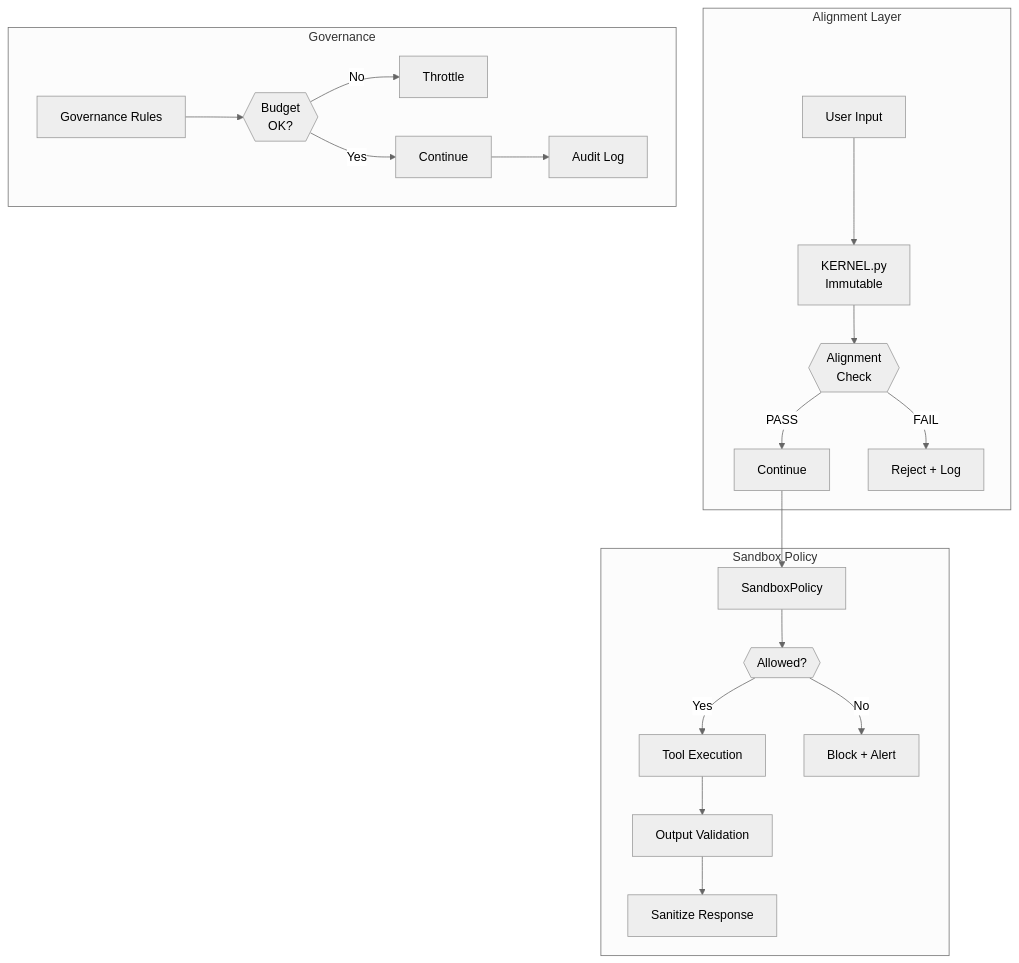
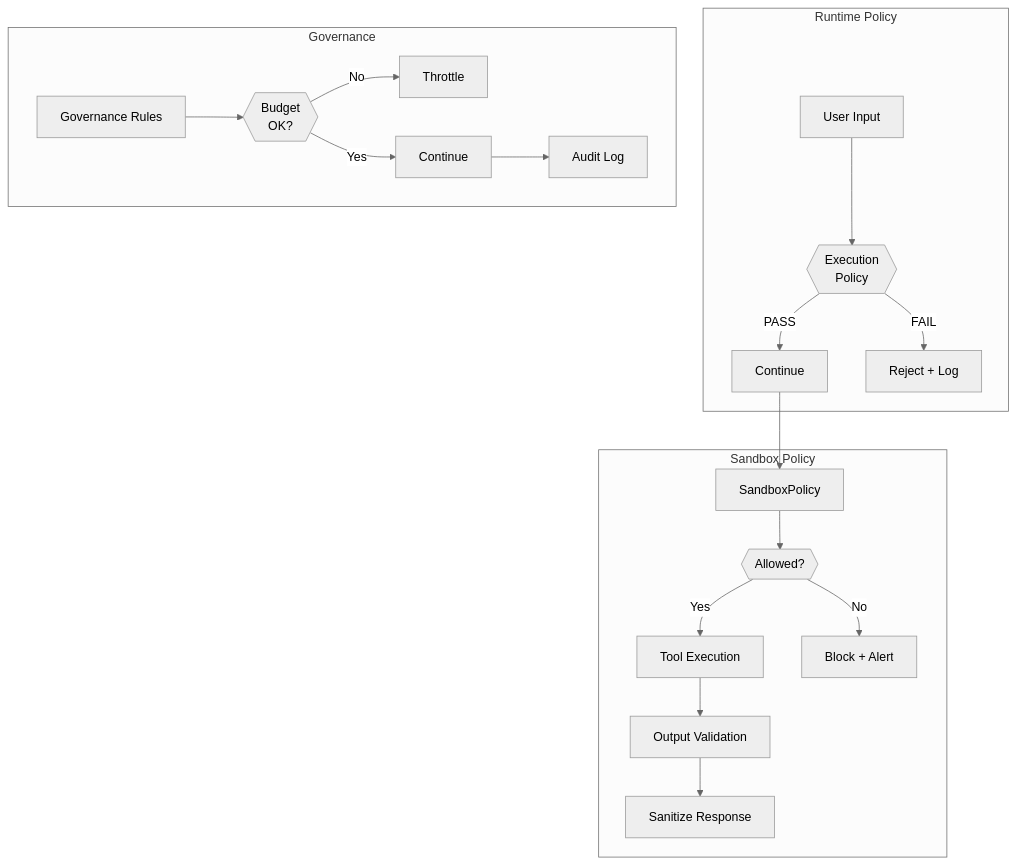
Diagram 12 of 13 in docs/ARCHITECTURE_MAP_GENERATED.md (yannabadie/NEXUS), drawn with Mermaid (neutral theme) before and after one commit. The commit also changed other lines of this file and 31 other files, not shown here.

````diff
--- a/docs/ARCHITECTURE_MAP_GENERATED.md
+++ b/docs/ARCHITECTURE_MAP_GENERATED.md
@@ -671,27 +692,26 @@
 ```mermaid
 graph TD
-    subgraph Alignment["Alignment Layer"]
-        INPUT[User Input] --> KERNEL[KERNEL.py<br/>Immutable]
-        KERNEL --> CHECK{{Alignment<br/>Check}}
+    subgraph Policy["Runtime Policy"]
+        INPUT[User Input] --> CHECK{{Execution<br/>Policy}}
         CHECK -->|PASS| PROCESS[Continue]
         CHECK -->|FAIL| REJECT[Reject + Log]
     end
 
-    subgraph Policy["Sandbox Policy"]
+    subgraph Sandbox["Sandbox Policy"]
         PROCESS --> SANDBOX[SandboxPolicy]
         SANDBOX --> ALLOW{{Allowed?}}
         ALLOW -->|Yes| TOOL[Tool Execution]
         ALLOW -->|No| BLOCK[Block + Alert]
 
         TOOL --> VALIDATE[Output Validation]
         VALIDATE --> SANITIZE[Sanitize Response]
     end
 
     subgraph Governance["Governance"]
         GOV_CHECK[Governance Rules] --> BUDGET{{Budget<br/>OK?}}
         BUDGET -->|No| THROTTLE[Throttle]
         BUDGET -->|Yes| CONTINUE[Continue]
 
         CONTINUE --> AUDIT[Audit Log]
     end
 ```
````
